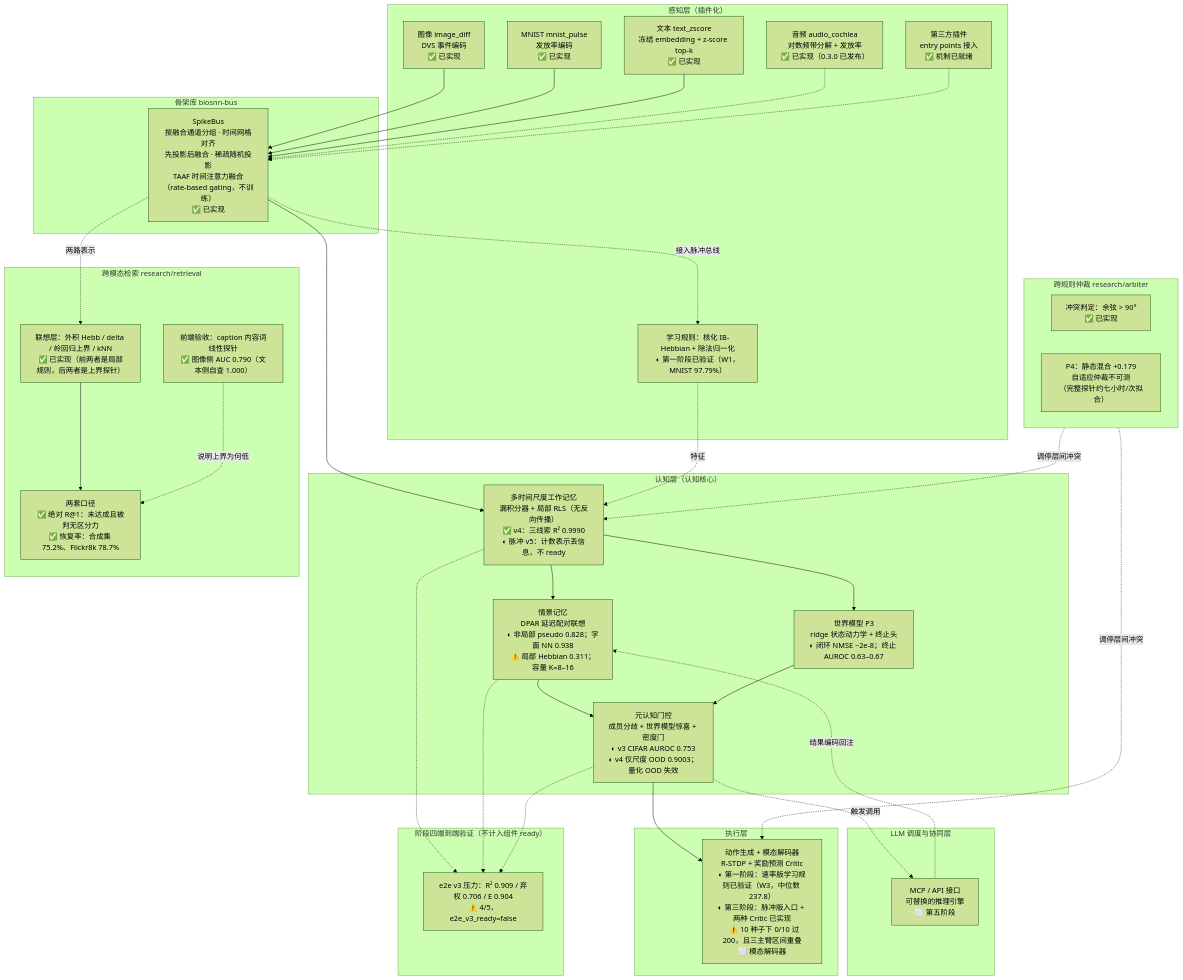
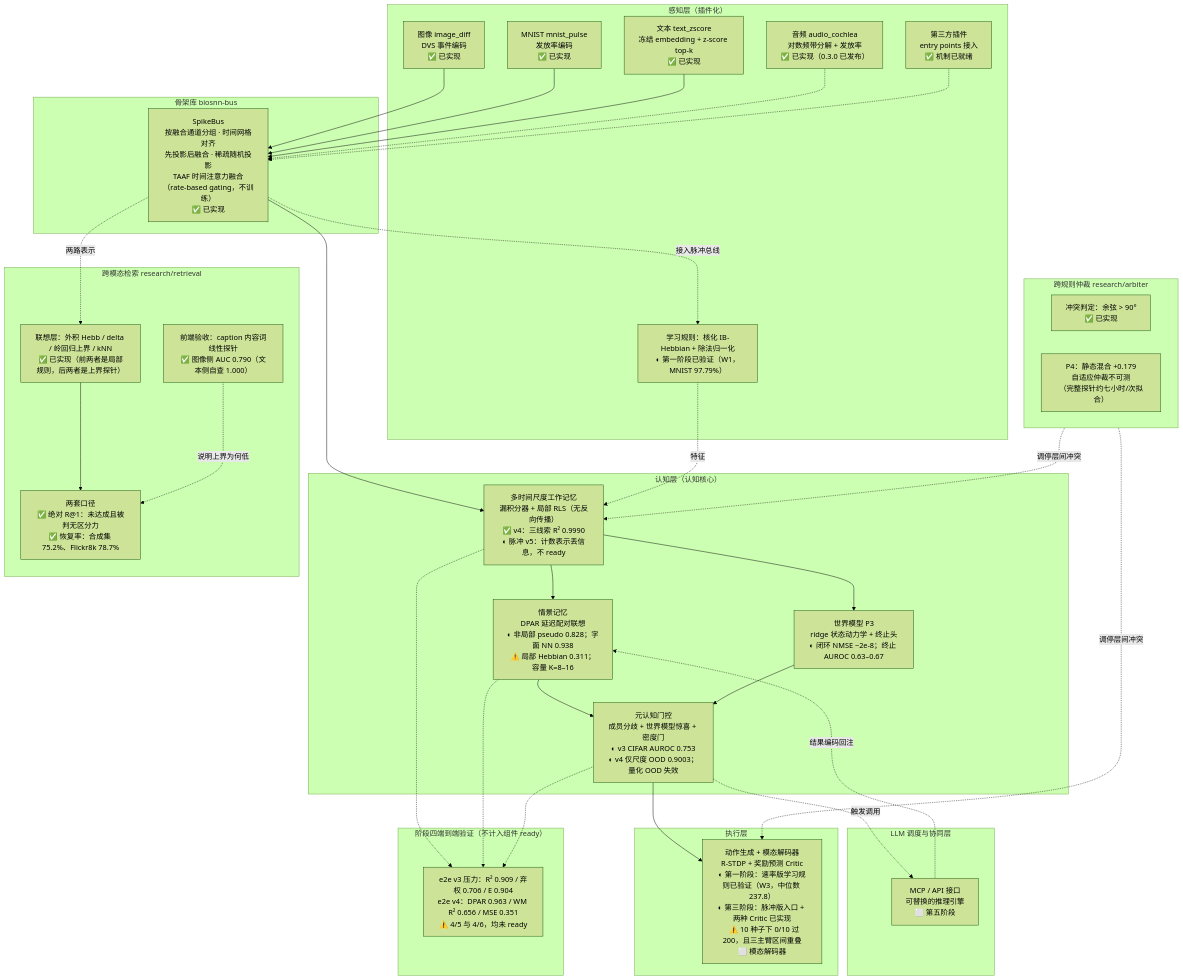
Before and after one commit to lzmd-arch/BioSNN-Plug: the diagram in README.md, drawn with Mermaid (forest theme). The commit also changed other lines of this file and 8 other files, not shown here.

````diff
--- a/README.md
+++ b/README.md
@@ -125,71 +125,71 @@
 ```mermaid
 flowchart TB
     subgraph L5["LLM 调度与协同层"]
         MCP["MCP / API 接口<br/>可替换的推理引擎<br/>⬜ 第五阶段"]
     end
 
     subgraph L4["执行层"]
         ACT["动作生成 + 模态解码器<br/>R-STDP + 奖励预测 Critic<br/>◐ 第一阶段：速率版学习规则已验证（W3，中位数 237.8）<br/>◐ 第三阶段：脉冲版入口 + 两种 Critic 已实现<br/>&nbsp;&nbsp;&nbsp;⚠️ 10 种子下 0/10 过 200，且三主臂区间重叠<br/>⬜ 模态解码器"]
     end
 
     subgraph L3["认知层（认知核心）"]
         WM["多时间尺度工作记忆<br/>漏积分器 + 局部 RLS（无反向传播）<br/>✅ v4：三线索 R² 0.9990<br/>◐ 脉冲 v5：计数表示丢信息，不 ready"]
         EM["情景记忆<br/>DPAR 延迟配对联想<br/>◐ 非局部 pseudo 0.828；字面 NN 0.938<br/>⚠️ 局部 Hebbian 0.311；容量 K=8–16"]
         MG["元认知门控<br/>成员分歧 + 世界模型惊喜 + 密度门<br/>◐ v3 CIFAR AUROC 0.753<br/>◐ v4 仅尺度 OOD 0.9003；量化 OOD 失效"]
         WMODEL["世界模型 P3<br/>ridge 状态动力学 + 终止头<br/>◐ 闭环 NMSE ~2e-8；终止 AUROC 0.63–0.67"]
     end
 
     subgraph ARB["跨规则仲裁 research/arbiter"]
         CF["冲突判定：余弦 > 90°<br/>✅ 已实现"]
         ES["P4：静态混合 +0.179<br/>自适应仲裁不可测<br/>（完整探针约七小时/次拟合）"]
     end
 
     subgraph L2["骨架库 biosnn-bus"]
         BUS["SpikeBus<br/>按融合通道分组 · 时间网格对齐<br/>先投影后融合 · 稀疏随机投影<br/>TAAF 时间注意力融合（rate-based gating，不训练）<br/>✅ 已实现"]
     end
 
     subgraph L1["感知层（插件化）"]
         IMG["图像 image_diff<br/>DVS 事件编码<br/>✅ 已实现"]
         MN["MNIST mnist_pulse<br/>发放率编码<br/>✅ 已实现"]
         TXT["文本 text_zscore<br/>冻结 embedding + z-score top-k<br/>✅ 已实现"]
         AUD["音频 audio_cochlea<br/>对数频带分解 + 发放率<br/>✅ 已实现（0.3.0 已发布）"]
         THIRD["第三方插件<br/>entry points 接入<br/>✅ 机制已就绪"]
         HEB["学习规则：核化 IB-Hebbian + 除法归一化<br/>◐ 第一阶段已验证（W1，MNIST 97.79%）"]
     end
 
     IMG --> BUS
     MN --> BUS
     TXT --> BUS
     AUD -.-> BUS
     THIRD -.-> BUS
 
     BUS --> WM
     BUS -.->|接入脉冲总线| HEB
     HEB -.->|特征| WM
     WM --> EM
     WM --> WMODEL
     EM --> MG
     WMODEL --> MG
     MG --> ACT
     MG -.->|触发调用| MCP
     MCP -.->|结果编码回注| EM
     ARB -.->|调停层间冲突| WM
     ARB -.->|调停层间冲突| ACT
 
     subgraph W4["跨模态检索 research/retrieval"]
         FAC["联想层：外积 Hebb / delta / 岭回归上界 / kNN<br/>✅ 已实现（前两者是局部规则，后两者是上界探针）"]
         CRIT["两套口径<br/>✅ 绝对 R@1：未达成且被判无区分力<br/>✅ 恢复率：合成集 75.2%、Flickr8k 78.7%"]
         FE["前端验收：caption 内容词线性探针<br/>✅ 图像侧 AUC 0.790（文本侧自查 1.000）"]
     end
 
     BUS -.->|两路表示| FAC
     FAC --> CRIT
     FE -.->|说明上界为何低| CRIT
 
     subgraph S4["阶段四端到端验证（不计入组件 ready）"]
-        E2E["e2e v3 压力：R² 0.909 / 弃权 0.706 / E 0.904<br/>⚠️ 4/5，e2e_v3_ready=false"]
+        E2E["e2e v3 压力：R² 0.909 / 弃权 0.706 / E 0.904<br/>e2e v4：DPAR 0.963 / WM R² 0.656 / MSE 0.351<br/>⚠️ 4/5 与 4/6，均未 ready"]
     end
     WM -.-> E2E
     EM -.-> E2E
     MG -.-> E2E
 ```
````
